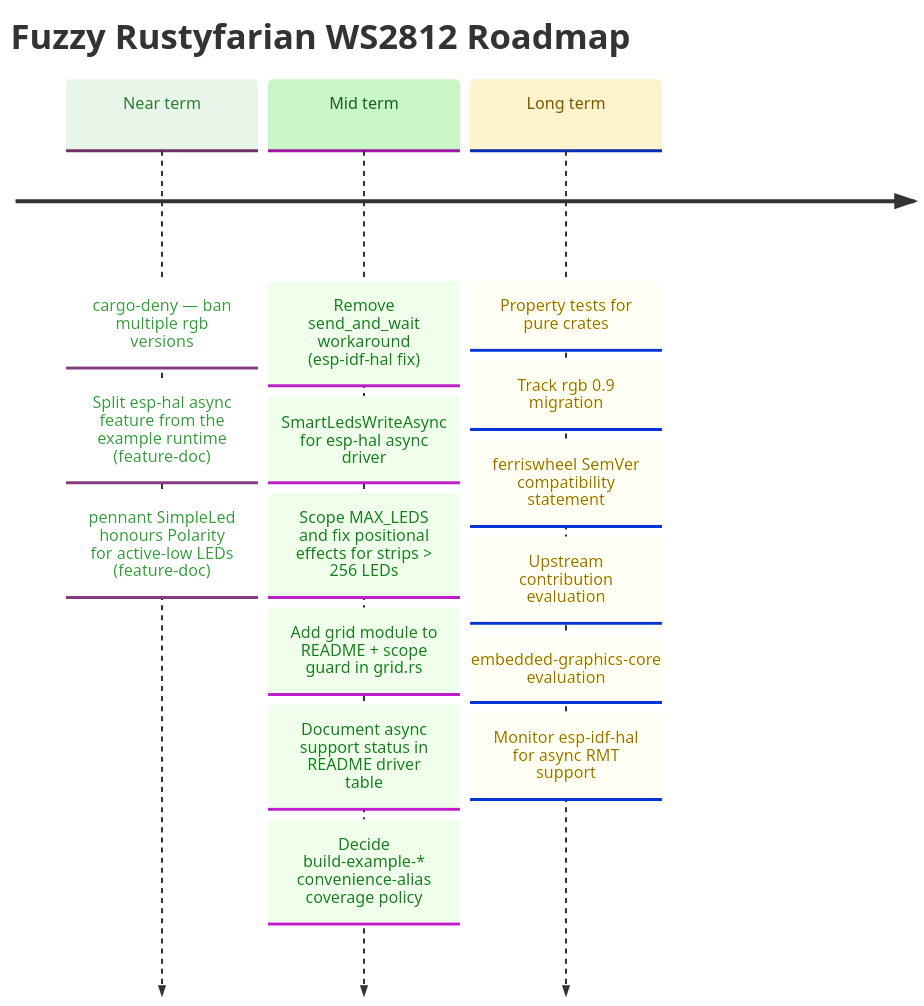
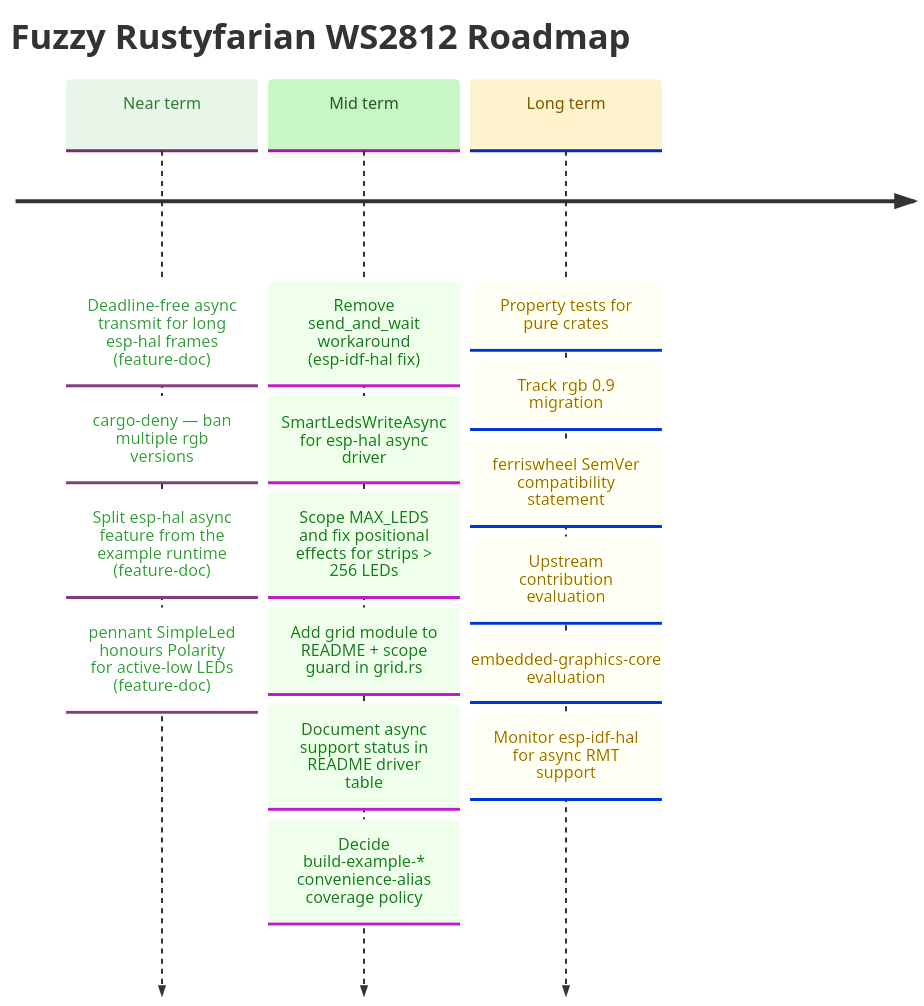
Before and after one commit to datenkollektiv/rustyfarian-ws2812: the diagram in docs/ROADMAP.md, drawn with Mermaid. The commit also changed other lines of this file and 18 other files, not shown here.

````diff
--- a/docs/ROADMAP.md
+++ b/docs/ROADMAP.md
@@ -29,36 +29,37 @@
 ```mermaid
 %%{init: {
   "theme": "base",
   "themeVariables": {
     "cScale0": "#e8f5e9",
     "cScaleLabel0": "#2e7d32",
     "cScale1": "#c8f7c5",
     "cScaleLabel1": "#1b5e20",
     "cScale2": "#fff3cd",
     "cScaleLabel2": "#7a5a00",
     "cScale3": "#e3f2fd",
     "cScaleLabel3": "#0d47a1"
   }
 }}%%
 
 timeline
     title Fuzzy Rustyfarian WS2812 Roadmap
 
-    Near term : cargo-deny — ban multiple rgb versions
+    Near term : Deadline-free async transmit for long esp-hal frames (feature-doc)
+              : cargo-deny — ban multiple rgb versions
               : Split esp-hal async feature from the example runtime (feature-doc)
               : pennant SimpleLed honours Polarity for active-low LEDs (feature-doc)
 
     Mid term  : Remove send_and_wait workaround (esp-idf-hal fix)
               : SmartLedsWriteAsync for esp-hal async driver
               : Scope MAX_LEDS and fix positional effects for strips > 256 LEDs
               : Add grid module to README + scope guard in grid.rs
               : Document async support status in README driver table
               : Decide build-example-* convenience-alias coverage policy
 
     Long term : Property tests for pure crates
               : Track rgb 0.9 migration
               : ferriswheel SemVer compatibility statement
               : Upstream contribution evaluation
               : embedded-graphics-core evaluation
               : Monitor esp-idf-hal for async RMT support
 ```
````
